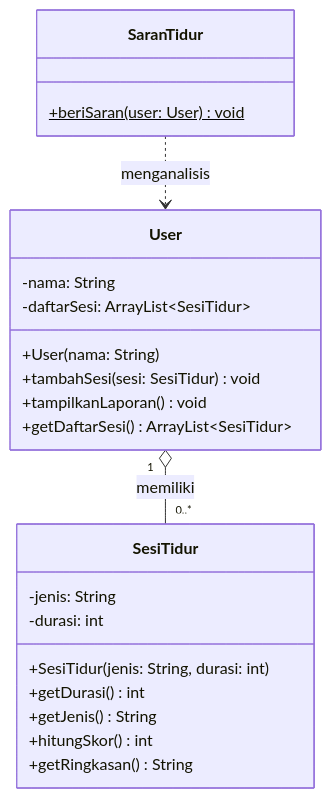
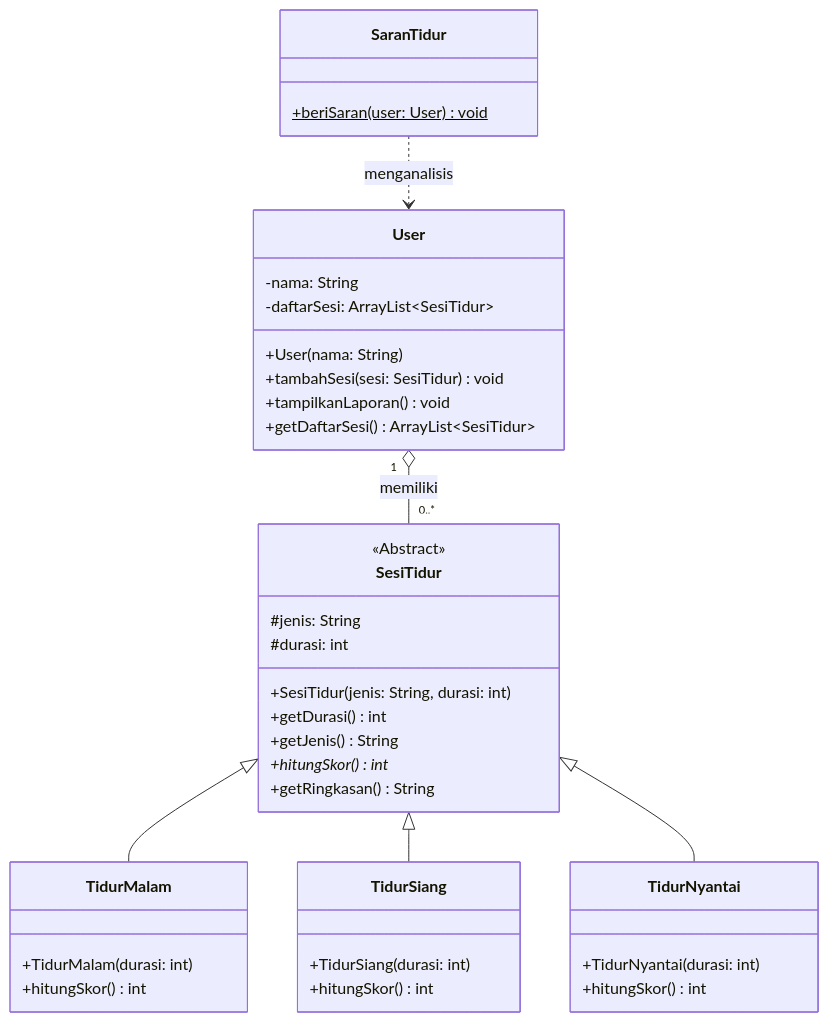
The diagram in README.md (rifqidwm/Strukdat_SleepTracker_Rifqi-Dwi-Muslim_077), drawn with Mermaid before and after one commit. The commit also changed other lines of this file, not shown here.

````diff
--- a/README.md
+++ b/README.md
@@ -22,28 +22,47 @@
 ```mermaid
 classDiagram
+    SesiTidur <|-- TidurMalam
+    SesiTidur <|-- TidurSiang
+    SesiTidur <|-- TidurNyantai
     User "1" o-- "0..*" SesiTidur : memiliki
     SaranTidur ..> User : menganalisis
+
+    class SesiTidur {
+        <<Abstract>>
+        #jenis: String
+        #durasi: int
+        +SesiTidur(jenis: String, durasi: int)
+        +getDurasi() int
+        +getJenis() String
+        +hitungSkor() int*
+        +getRingkasan() String
+    }
+
+    class TidurMalam {
+        +TidurMalam(durasi: int)
+        +hitungSkor() int
+    }
+
+    class TidurSiang {
+        +TidurSiang(durasi: int)
+        +hitungSkor() int
+    }
+
+    class TidurNyantai {
+        +TidurNyantai(durasi: int)
+        +hitungSkor() int
+    }
 
     class User {
         -nama: String
         -daftarSesi: ArrayList~SesiTidur~
         +User(nama: String)
         +tambahSesi(sesi: SesiTidur) void
         +tampilkanLaporan() void
         +getDaftarSesi() ArrayList~SesiTidur~
     }
 
-    class SesiTidur {
-        -jenis: String
-        -durasi: int
-        +SesiTidur(jenis: String, durasi: int)
-        +getDurasi() int
-        +getJenis() String
-        +hitungSkor() int
-        +getRingkasan() String
-    }
-
     class SaranTidur {
         +beriSaran(user: User) void$
     }
 ```
````
